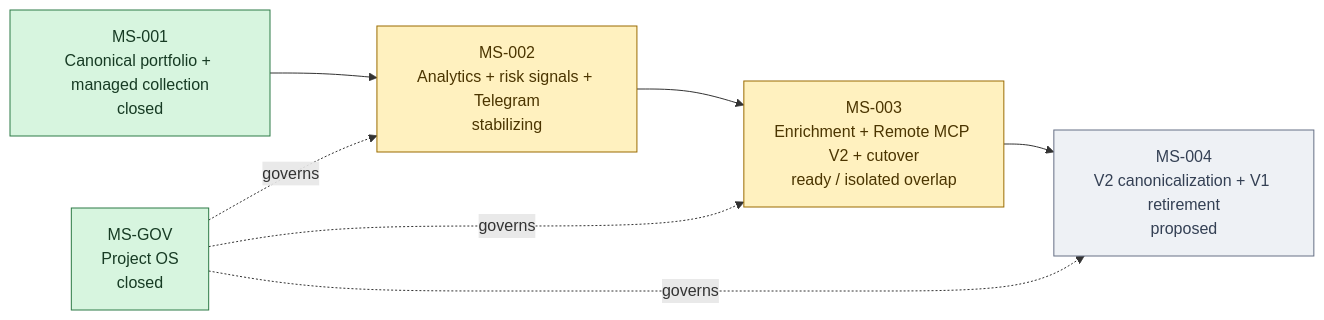
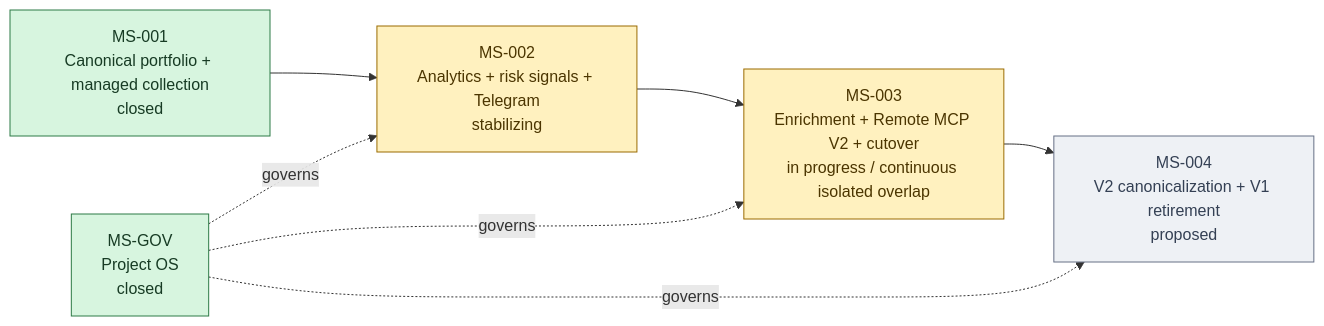
One commit to meringue5/KIS_Portfolio_MCP changed the first of 3 diagrams in docs/milestones/README.md. Above: the diagram before and after it, drawn with Mermaid. The commit also changed other lines of this file and 10 other files, not shown here.

Commit message:
governance: make milestone overlap continuous

````diff
--- a/docs/milestones/README.md
+++ b/docs/milestones/README.md
@@ -22,21 +22,22 @@
 ```mermaid
 flowchart LR
     MSGOV["MS-GOV<br/>Project OS<br/>closed"]
     MS1["MS-001<br/>Canonical portfolio + managed collection<br/>closed"]
     MS2["MS-002<br/>Analytics + risk signals + Telegram<br/>stabilizing"]
-    MS3["MS-003<br/>Enrichment + Remote MCP V2 + cutover<br/>ready / isolated overlap"]
+    MS3["MS-003<br/>Enrichment + Remote MCP V2 + cutover<br/>in progress / continuous isolated overlap"]
     MS4["MS-004<br/>V2 canonicalization + V1 retirement<br/>proposed"]
 
     MS1 --> MS2 --> MS3 --> MS4
     MSGOV -. governs .-> MS2
     MSGOV -. governs .-> MS3
     MSGOV -. governs .-> MS4
 
     classDef closed fill:#d7f5df,stroke:#2d7a46,color:#173b24;
+    classDef verified fill:#e5f4ff,stroke:#0870a8,color:#123b72;
     classDef active fill:#fff1bf,stroke:#9a6b00,color:#4b3500;
     classDef proposed fill:#eef1f5,stroke:#667085,color:#344054;
     class MS1,MSGOV closed;
     class MS2 active;
     class MS3 active;
     class MS4 proposed;
 ```
````
